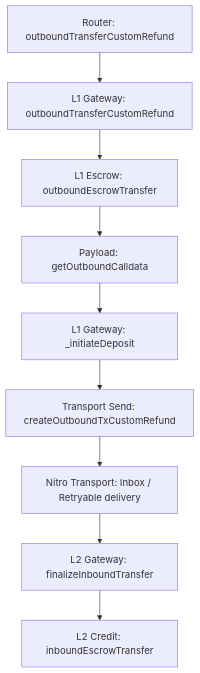
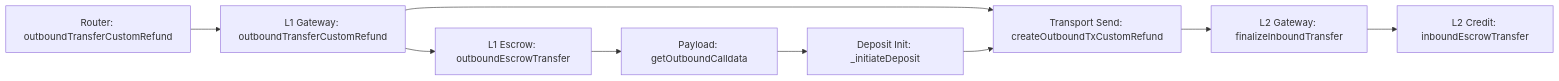
Before and after one commit to Sera5im/Sera5im-arb-erc20-bridge-review-en: the diagram in deposit-review.md, drawn with Mermaid.

Commit message:
Simplify deposit flow diagram

````diff
--- a/deposit-review.md
+++ b/deposit-review.md
@@ -5,11 +5,12 @@
 ```mermaid
-flowchart TD
+flowchart LR
     A["Router: outboundTransferCustomRefund"] --> B["L1 Gateway: outboundTransferCustomRefund"]
-    B --> C["L1 Escrow: outboundEscrowTransfer"]
-    C --> D["Payload: getOutboundCalldata"]
-    D --> E["L1 Gateway: _initiateDeposit"]
-    E --> F["Transport Send: createOutboundTxCustomRefund"]
-    F --> G["Nitro Transport: Inbox / Retryable delivery"]
-    G --> H["L2 Gateway: finalizeInboundTransfer"]
-    H --> I["L2 Credit: inboundEscrowTransfer"]
+    B --> C["Transport Send: createOutboundTxCustomRefund"]
+    C --> D["L2 Gateway: finalizeInboundTransfer"]
+    D --> E["L2 Credit: inboundEscrowTransfer"]
+
+    B --> B1["L1 Escrow: outboundEscrowTransfer"]
+    B1 --> B2["Payload: getOutboundCalldata"]
+    B2 --> B3["Deposit Init: _initiateDeposit"]
+    B3 --> C
 ```
````
